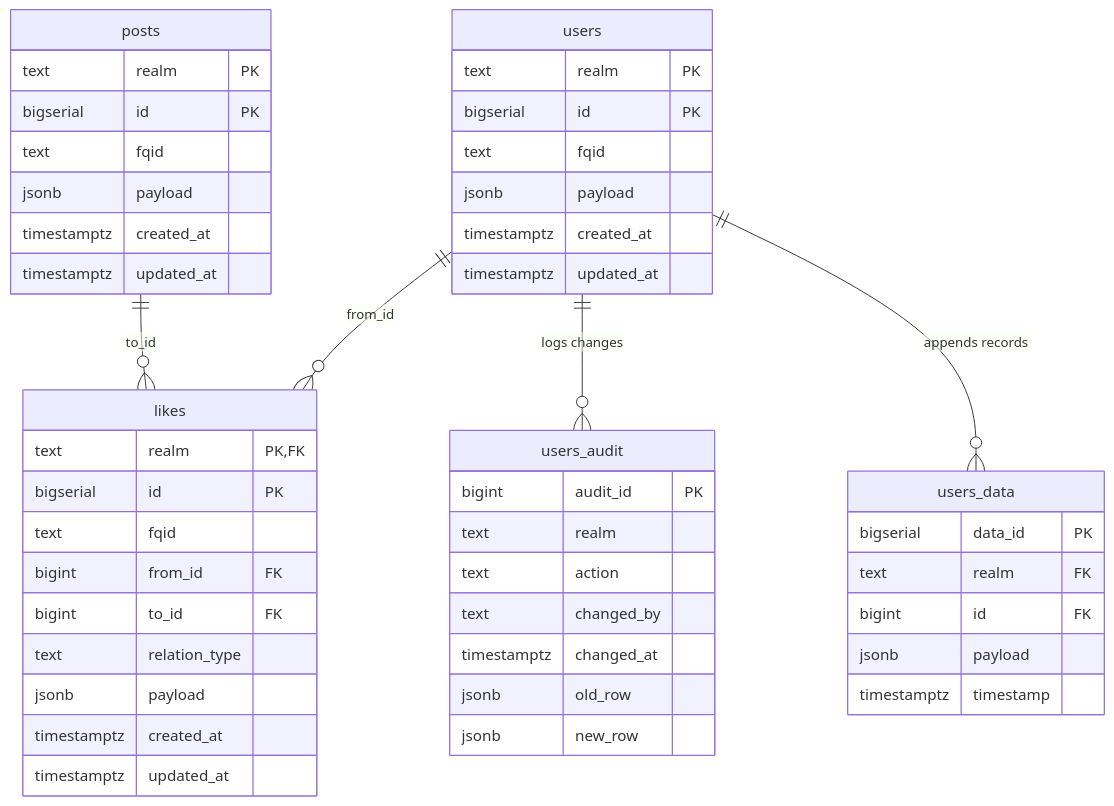
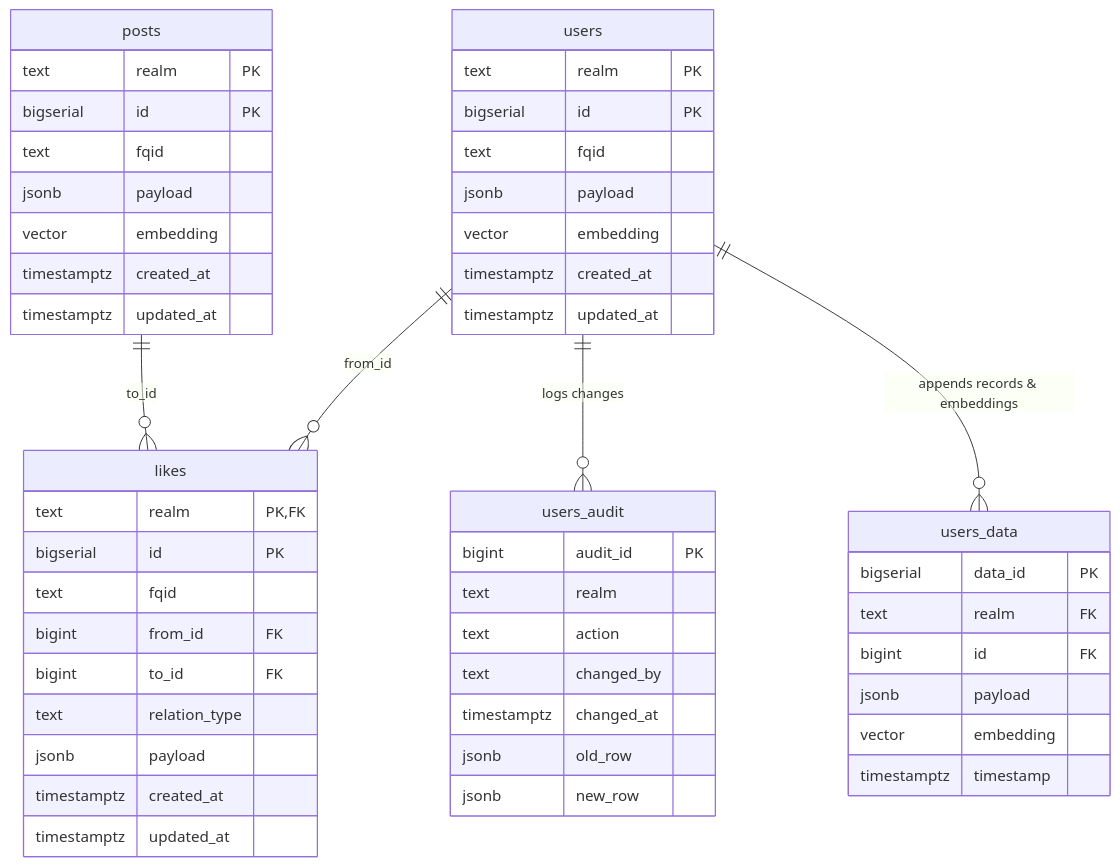
Before and after one commit to crajah/post-graph: the diagram in README.md, drawn with Mermaid. The commit also changed other lines of this file, not shown here.

Commit message:
docs: update README to reflect pgvector integration and vector search capabilities

````diff
--- a/README.md
+++ b/README.md
@@ -63,51 +76,54 @@
 ```mermaid
 erDiagram
     users {
         text realm PK
         bigserial id PK
         text fqid
         jsonb payload
+        vector embedding
         timestamptz created_at
         timestamptz updated_at
     }
     posts {
         text realm PK
         bigserial id PK
         text fqid
         jsonb payload
+        vector embedding
         timestamptz created_at
         timestamptz updated_at
     }
     likes {
         text realm PK, FK
         bigserial id PK
         text fqid
         bigint from_id FK
         bigint to_id FK
         text relation_type
         jsonb payload
         timestamptz created_at
         timestamptz updated_at
     }
     users_audit {
         bigint audit_id PK
         text realm
         text action
         text changed_by
         timestamptz changed_at
         jsonb old_row
         jsonb new_row
     }
     users_data {
         bigserial data_id PK
         text realm FK
         bigint id FK
         jsonb payload
+        vector embedding
         timestamptz timestamp
     }
 
     users ||--o{ likes : "from_id"
     posts ||--o{ likes : "to_id"
     users ||--o{ users_audit : "logs changes"
-    users ||--o{ users_data : "appends records"
+    users ||--o{ users_data : "appends records & embeddings"
 ```
````
